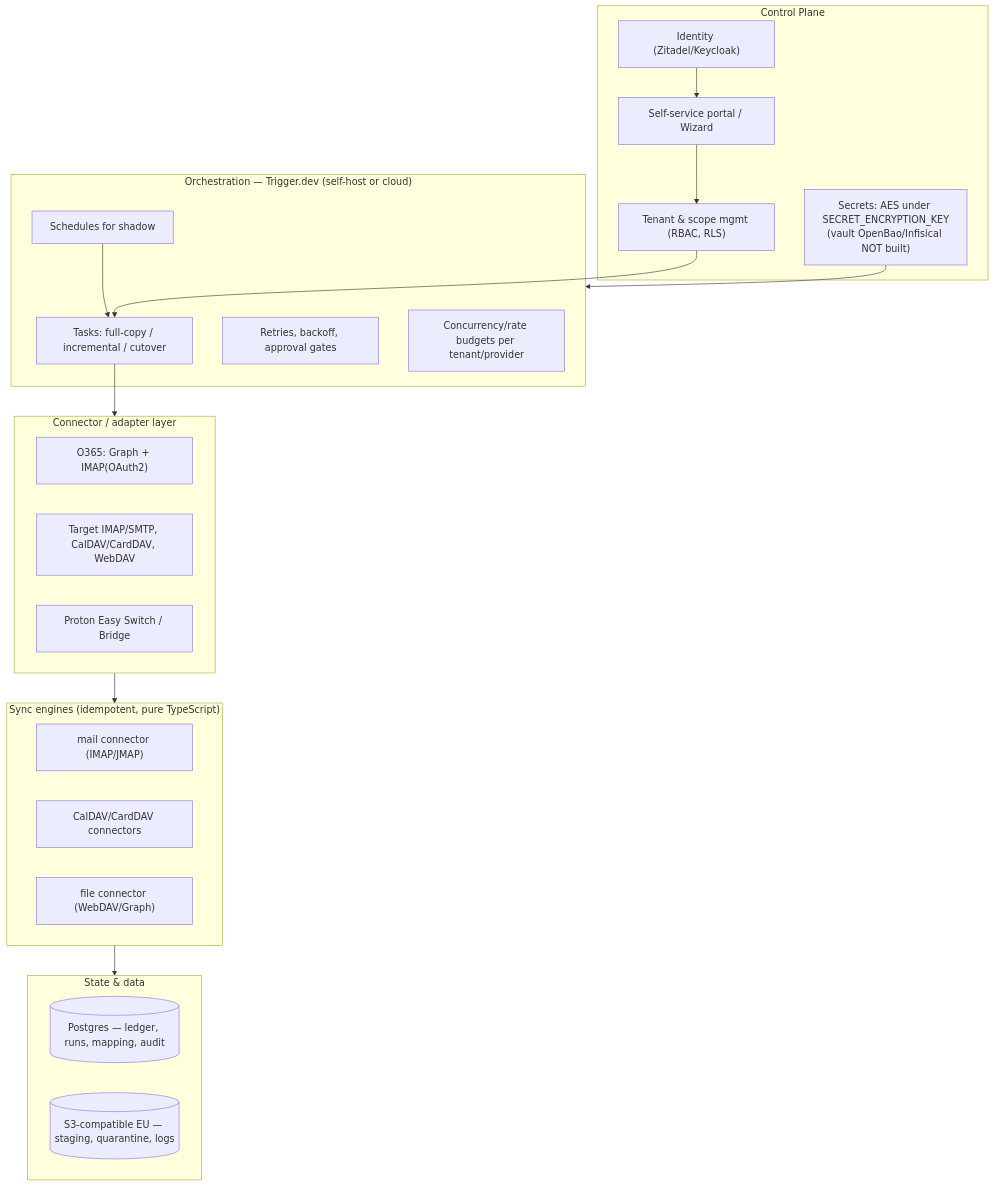
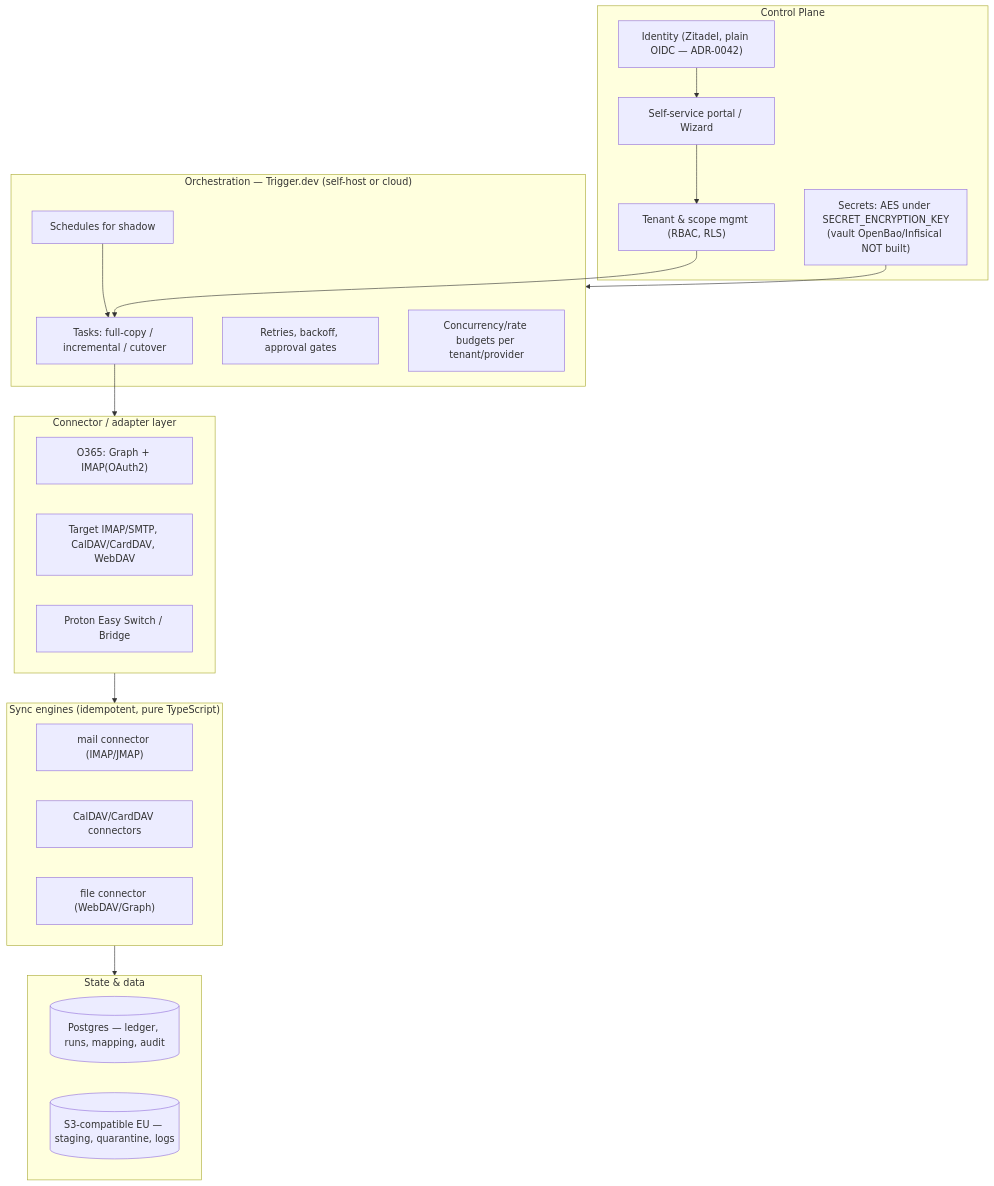
One commit to Robbes/Ownpace changed the first of 2 diagrams in docs/architecture/solution-architecture.md. Above: the diagram before and after it, drawn with Mermaid. The commit also changed other lines of this file and 5 other files, not shown here.

First line of the commit message:
docs: the architecture doc, deployment and the ADR register catch up with the code

````diff
--- a/docs/architecture/solution-architecture.md
+++ b/docs/architecture/solution-architecture.md
@@ -114,34 +115,34 @@
 ```mermaid
 flowchart TB
   subgraph CP["Control Plane"]
     PORTAL["Self-service portal / Wizard"]
-    IDP["Identity (Zitadel/Keycloak)"]
+    IDP["Identity (Zitadel, plain OIDC — ADR-0042)"]
     TENANT["Tenant & scope mgmt (RBAC, RLS)"]
     VAULT["Secrets: AES under SECRET_ENCRYPTION_KEY<br/>(vault OpenBao/Infisical NOT built)"]
   end
   subgraph ORCH["Orchestration — Trigger.dev (self-host or cloud)"]
     FLOWS["Tasks: full-copy / incremental / cutover"]
     SCHED["Schedules for shadow"]
     RETRY["Retries, backoff, approval gates"]
     CONC["Concurrency/rate budgets per tenant/provider"]
   end
   subgraph ADAPT["Connector / adapter layer"]
     GRAPH["O365: Graph + IMAP(OAuth2)"]
     TARGETS["Target IMAP/SMTP, CalDAV/CardDAV, WebDAV"]
     PROTON["Proton Easy Switch / Bridge"]
   end
   subgraph ENGINES["Sync engines (idempotent, pure TypeScript)"]
     MAIL["mail connector (IMAP/JMAP)"]
     DAV["CalDAV/CardDAV connectors"]
     FILES["file connector (WebDAV/Graph)"]
   end
   subgraph STATE["State & data"]
     LEDGER[("Postgres — ledger, runs, mapping, audit")]
     OBJ[("S3-compatible EU — staging, quarantine, logs")]
   end
   PORTAL --> TENANT --> FLOWS
   IDP --> PORTAL
   VAULT --> ORCH
   FLOWS --> ADAPT --> ENGINES --> STATE
   SCHED --> FLOWS
 ```
````
